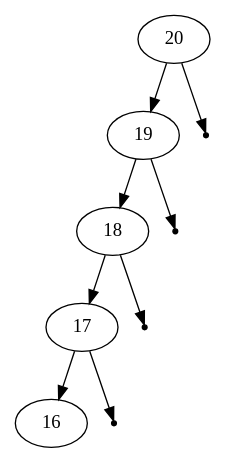
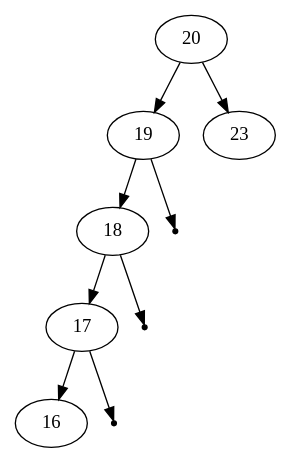
One commit to muniri92/Data-Structures-2.0 changed the diagram in src/graph.gv. Above: the diagram before and after it, drawn with Graphviz. The commit also changed 2 other files, not shown here.

Commit message:
graphviz is here.

```diff
--- a/src/graph.gv
+++ b/src/graph.gv
@@ -1,15 +1,14 @@
 digraph G{
 	20;
 	20 -> 19;
 	19 -> 18;
 	18 -> 17;
 	17 -> 16;
-	null28612315 [shape=point];
-	17 -> null28612315;
-	null406841185 [shape=point];
-	18 -> null406841185;
-	null240520364 [shape=point];
-	19 -> null240520364;
-	null245582509 [shape=point];
-	20 -> null245582509;
+	null469566066 [shape=point];
+	17 -> null469566066;
+	null29227518 [shape=point];
+	18 -> null29227518;
+	null953080555 [shape=point];
+	19 -> null953080555;
+	20 -> 23;
 }
```
